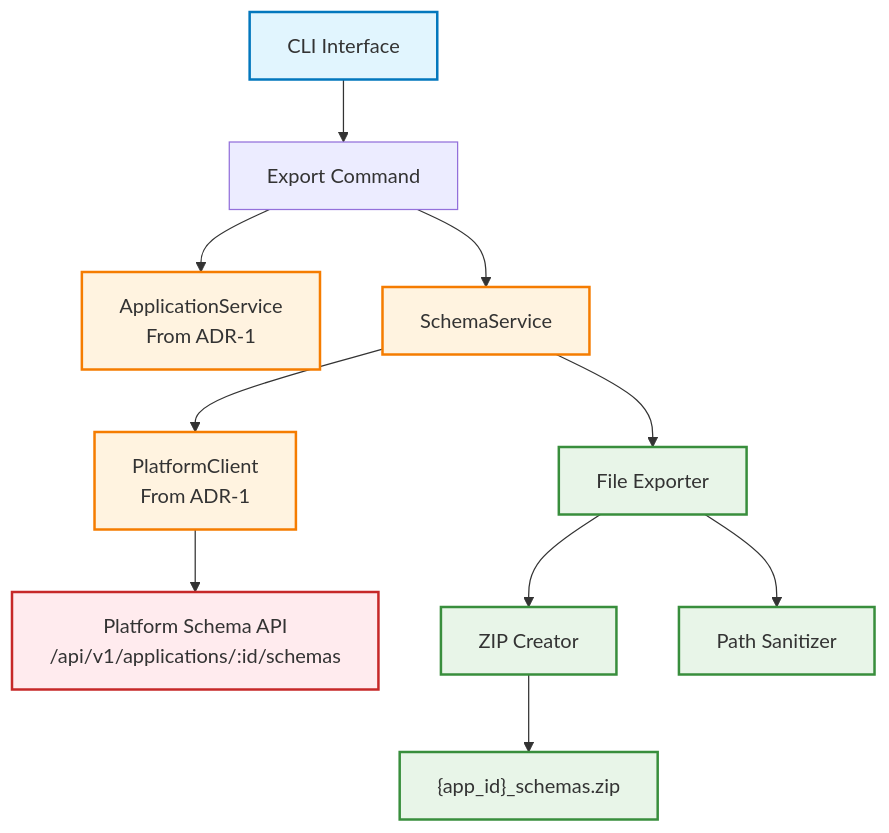
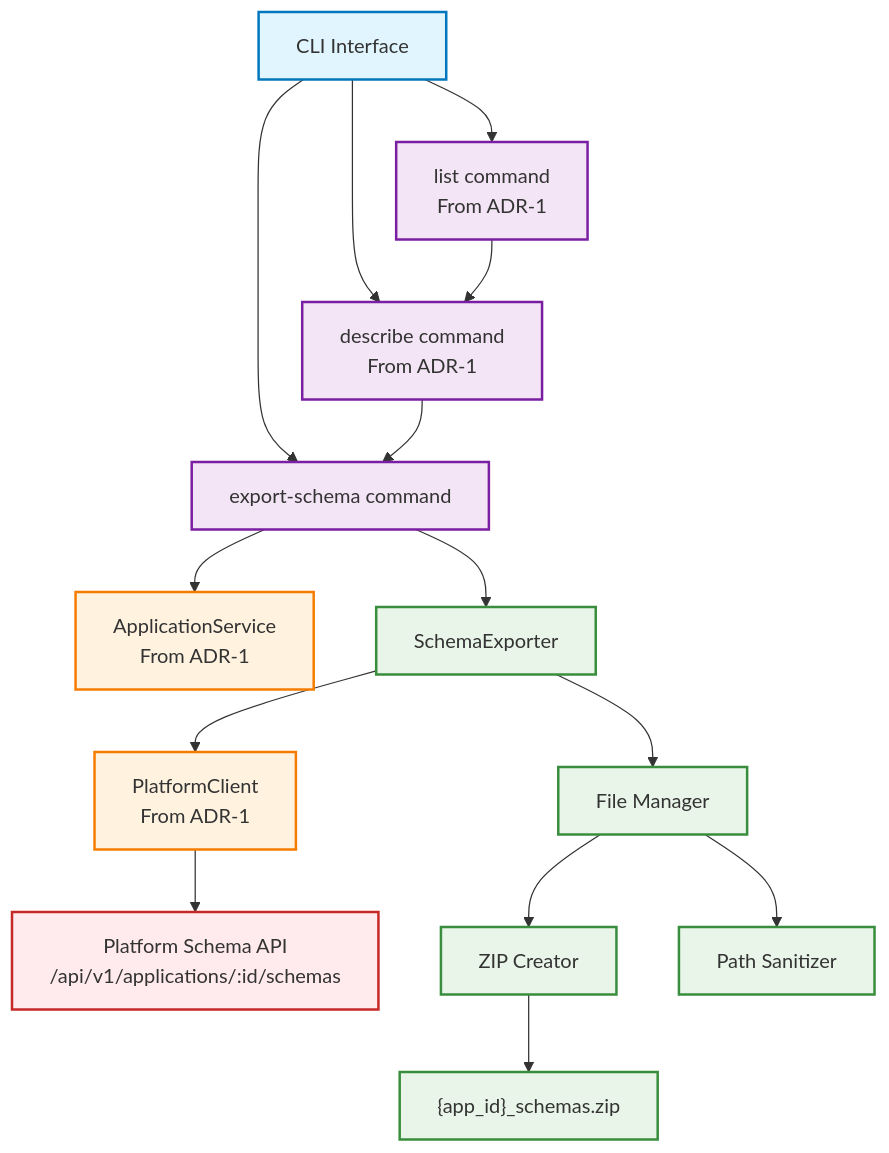
The diagram in specifications/ADR-3-APPLICATION-SCHEMA-EXPORT.md (alekseevpavel04/python-sdk), drawn with Mermaid before and after one commit. The commit also changed other lines of this file, not shown here.

````diff
--- a/specifications/ADR-3-APPLICATION-SCHEMA-EXPORT.md
+++ b/specifications/ADR-3-APPLICATION-SCHEMA-EXPORT.md
@@ -138,26 +145,34 @@
 ```mermaid
 flowchart TB
-    CLI[CLI Interface] --> ExportCmd[Export Command]
+    CLI[CLI Interface] --> ExportCmd[export-schema command]
+    CLI --> ListCmd[list command<br/>From ADR-1]
+    CLI --> DescribeCmd[describe command<br/>From ADR-1]
     
     ExportCmd --> AppService[ApplicationService<br/>From ADR-1]
-    ExportCmd --> SchemaService[SchemaService]
+    ExportCmd --> SchemaExporter[SchemaExporter]
     
-    SchemaService --> PlatformClient[PlatformClient<br/>From ADR-1]
-    SchemaService --> FileExporter[File Exporter]
+    SchemaExporter --> PlatformClient[PlatformClient<br/>From ADR-1]
+    SchemaExporter --> FileManager[File Manager]
     
     PlatformClient --> SchemaAPI[Platform Schema API<br/>/api/v1/applications/:id/schemas]
-    FileExporter --> ZipCreator[ZIP Creator]
-    FileExporter --> PathSanitizer[Path Sanitizer]
+    FileManager --> ZipCreator[ZIP Creator]
+    FileManager --> PathSanitizer[Path Sanitizer]
     
     ZipCreator --> OutputFile["{app_id}_schemas.zip"]
+    
+    %% Discovery Workflow
+    ListCmd --> DescribeCmd
+    DescribeCmd --> ExportCmd
     
     classDef cli fill:#e1f5fe,stroke:#0277bd,stroke-width:2px
     classDef service fill:#fff3e0,stroke:#f57c00,stroke-width:2px
     classDef file fill:#e8f5e8,stroke:#388e3c,stroke-width:2px
     classDef api fill:#ffebee,stroke:#c62828,stroke-width:2px
+    classDef workflow fill:#f3e5f5,stroke:#7b1fa2,stroke-width:2px
     
     class CLI cli
-    class AppService,SchemaService,PlatformClient service
-    class FileExporter,ZipCreator,PathSanitizer,OutputFile file
+    class AppService,PlatformClient service
+    class SchemaExporter,FileManager,ZipCreator,PathSanitizer,OutputFile file
     class SchemaAPI api
+    class ListCmd,DescribeCmd,ExportCmd workflow
 ```
````
